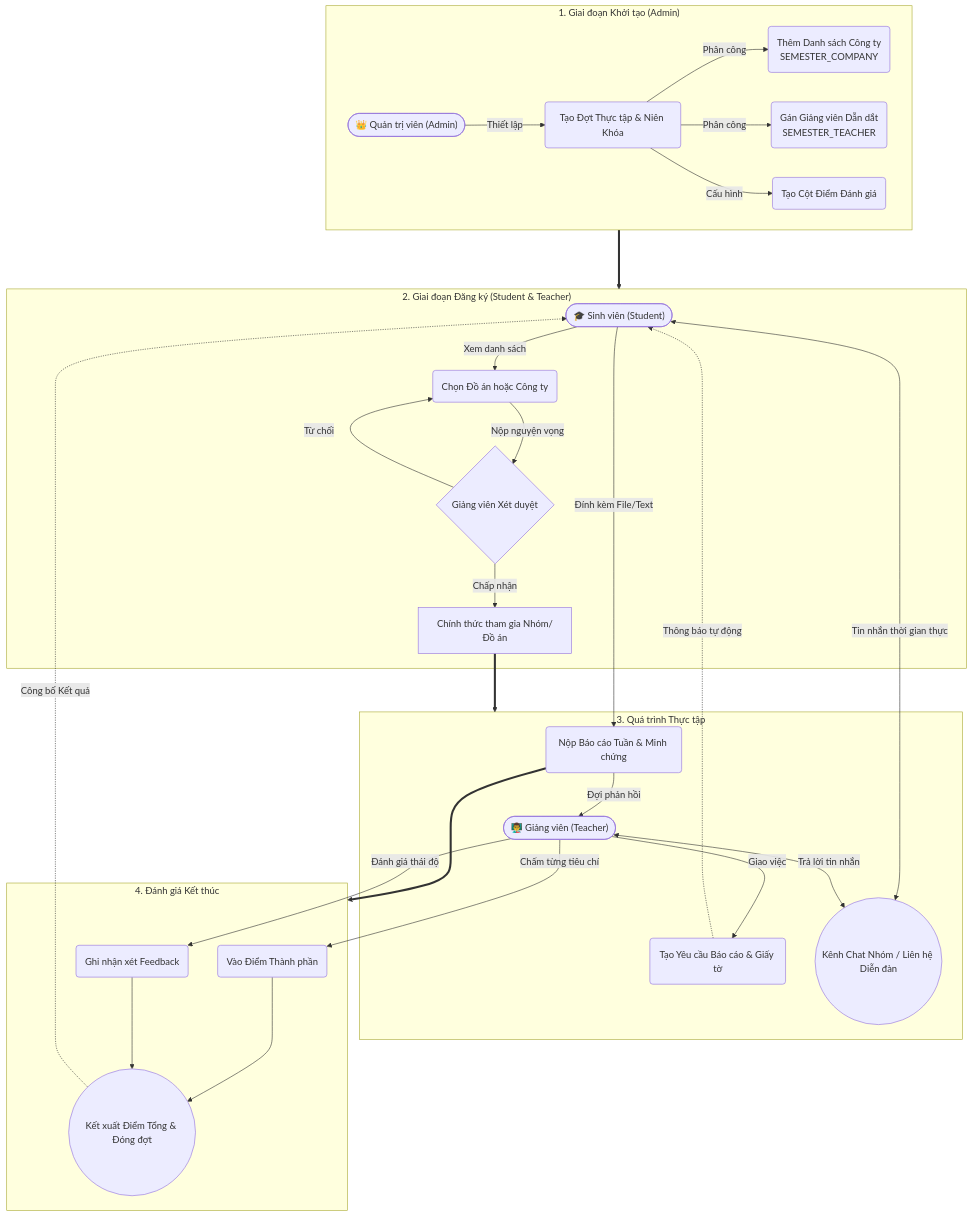
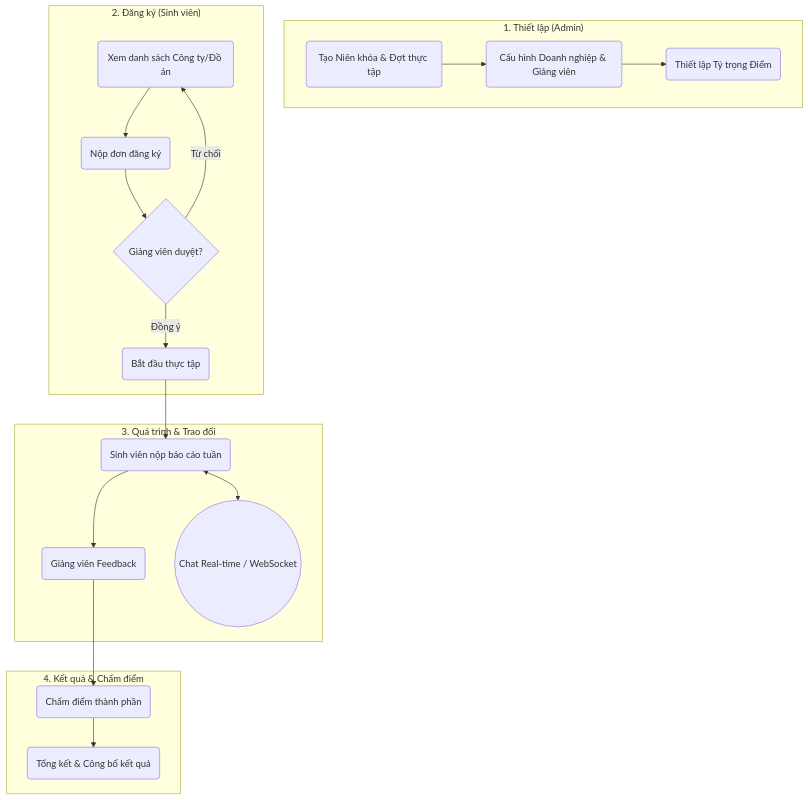
Before and after one commit to tienson200604/qldoanthuctap: the first of 2 diagrams in README.md, drawn with Mermaid. The commit also changed other lines of this file and 1 other file, not shown here.

````diff
--- a/README.md
+++ b/README.md
@@ -60,47 +67,25 @@
 ```mermaid
 flowchart TD
-    %% Khai báo các đối tượng
-    Admin(["👑 Quản trị viên (Admin)"])
-    Teacher(["👨‍🏫 Giảng viên (Teacher)"])
-    Student(["🎓 Sinh viên (Student)"])
-
-    %% Nhóm 1: Khởi tạo
-    subgraph Phase1 ["1. Giai đoạn Khởi tạo (Admin)"]
-        Admin -->|Thiết lập| A1(Tạo Đợt Thực tập & Niên Khóa)
-        A1 -->|Phân công| A2(Thêm Danh sách Công ty\nSEMESTER_COMPANY)
-        A1 -->|Phân công| A3(Gán Giảng viên Dẫn dắt\nSEMESTER_TEACHER)
-        A1 -->|Cấu hình| A4(Tạo Cột Điểm Đánh giá)
+    subgraph Setup ["1. Thiết lập (Admin)"]
+        A1(Tạo Niên khóa & Đợt thực tập) --> A2(Cấu hình Doanh nghiệp & Giảng viên)
+        A2 --> A3(Thiết lập Tỷ trọng Điểm)
     end
 
-    %% Nhóm 2: Đăng ký
-    subgraph Phase2 ["2. Giai đoạn Đăng ký (Student & Teacher)"]
-        Student -->|Xem danh sách| B1(Chọn Đồ án hoặc Công ty)
-        B1 -->|Nộp nguyện vọng| B2{Giảng viên Xét duyệt}
-        B2 -->|Từ chối| B1
-        B2 -->|Chấp nhận| B3[Chính thức tham gia Nhóm/Đồ án]
+    subgraph Registration ["2. Đăng ký (Sinh viên)"]
+        S1(Xem danh sách Công ty/Đồ án) --> S2(Nộp đơn đăng ký)
+        S2 --> T1{Giảng viên duyệt?}
+        T1 -- Từ chối --> S1
+        T1 -- Đồng ý --> S3(Bắt đầu thực tập)
     end
 
-    %% Nhóm 3: Thực tập
-    subgraph Phase3 ["3. Quá trình Thực tập"]
-        Teacher -->|Giao việc| C1(Tạo Yêu cầu Báo cáo & Giấy tờ)
-        C1 -.->|Thông báo tự động| Student
-        Student -->|Đính kèm File/Text| C2(Nộp Báo cáo Tuần & Minh chứng)
-        C2 -->|Đợi phản hồi| Teacher
-        Student <-->|Tin nhắn thời gian thực| C3((Kênh Chat Nhóm / Liên hệ Diễn đàn))
-        Teacher <-->|Trả lời tin nhắn| C3
+    subgraph Operation ["3. Quá trình & Trao đổi"]
+        S3 --> O1(Sinh viên nộp báo cáo tuần)
+        O1 --> O2(Giảng viên Feedback)
+        O1 <--> O3((Chat Real-time / WebSocket))
     end
 
-    %% Nhóm 4: Đánh giá
-    subgraph Phase4 ["4. Đánh giá Kết thúc"]
-        Teacher -->|Chấm từng tiêu chí| D1(Vào Điểm Thành phần)
-        Teacher -->|Đánh giá thái độ| D2(Ghi nhận xét Feedback)
-        D1 --> D3((Kết xuất Điểm Tổng & Đóng đợt))
-        D2 --> D3
-        D3 -.->|Công bố Kết quả| Student
+    subgraph Evaluation ["4. Kết quả & Chấm điểm"]
+        O2 --> E1(Chấm điểm thành phần)
+        E1 --> E2(Tổng kết & Công bố kết quả)
     end
-
-    %% Mũi tên luồng chính
-    Phase1 ===> Phase2
-    B3 ===> Phase3
-    C2 ===> Phase4
 ```
````
